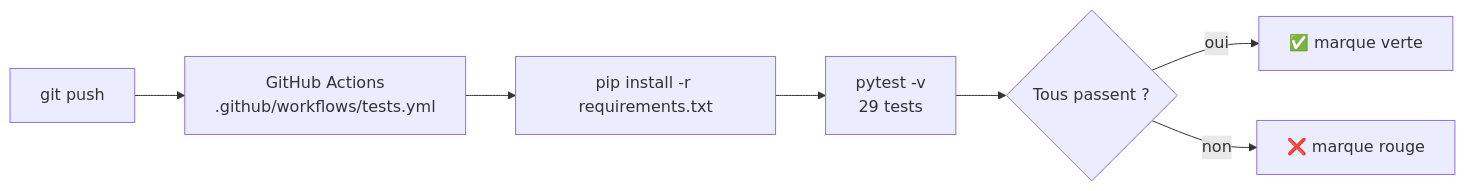
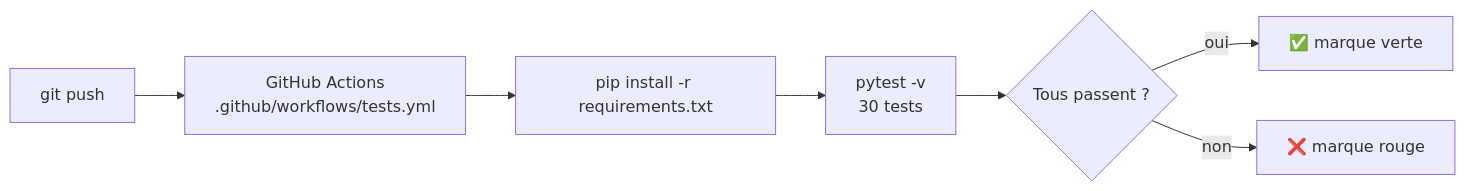
The fifth of 5 diagrams in ARCHITECTURE.md (Katbejr/projet_2_inf1007_), drawn with Mermaid before and after one commit. The commit also changed other lines of this file and 15 other files, not shown here.

````diff
--- a/ARCHITECTURE.md
+++ b/ARCHITECTURE.md
@@ -236,9 +236,9 @@
 ```mermaid
 flowchart LR
     push["git push"] --> ci["GitHub Actions<br/>.github/workflows/tests.yml"]
     ci --> install["pip install -r requirements.txt"]
-    install --> pytest["pytest -v<br/>29 tests"]
+    install --> pytest["pytest -v<br/>30 tests"]
     pytest --> verdict{"Tous passent ?"}
     verdict -- oui --> vert["✅ marque verte"]
     verdict -- non --> rouge["❌ marque rouge"]
 ```
````
